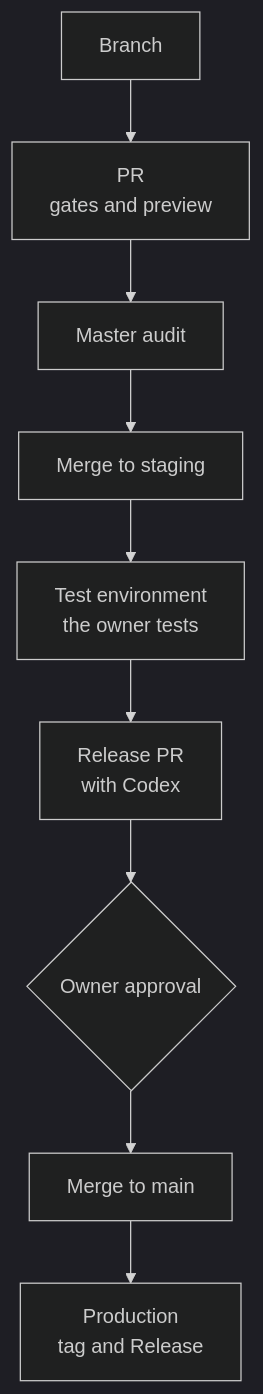
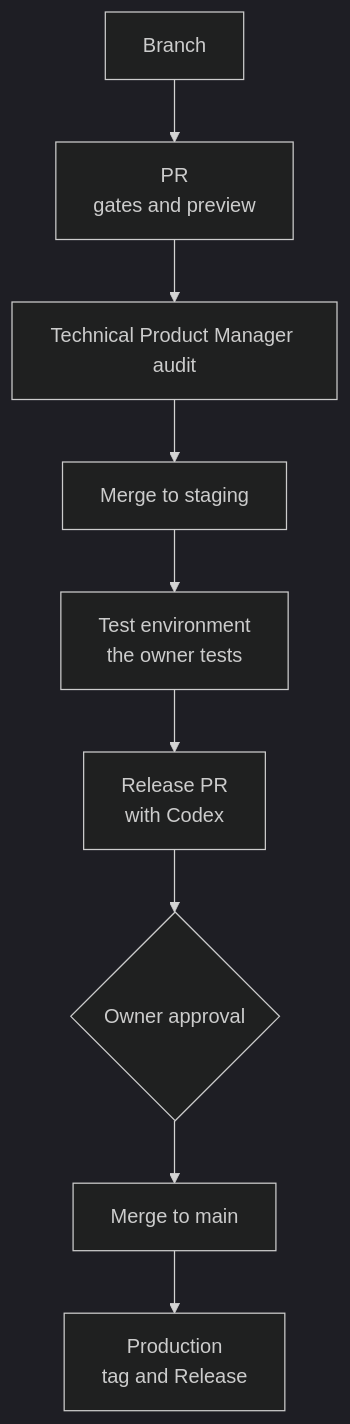
Before and after one commit to Gelpy/gelpy: the diagram in docs/framework/delivery.md, drawn with Mermaid (dark theme). The commit also changed other lines of this file and 14 other files, not shown here.

````diff
--- a/docs/framework/delivery.md
+++ b/docs/framework/delivery.md
@@ -66,11 +66,11 @@
 ```mermaid
 flowchart TB
   branch[Branch] --> pr[PR<br/>gates and preview]
-  pr --> audit[Master audit]
+  pr --> audit[Technical Product Manager audit]
   audit --> staging[Merge to staging]
   staging --> test[Test environment<br/>the owner tests]
   test --> release[Release PR<br/>with Codex]
   release --> approval{Owner approval}
   approval --> main[Merge to main]
   main --> prod[Production<br/>tag and Release]
 ```
````
